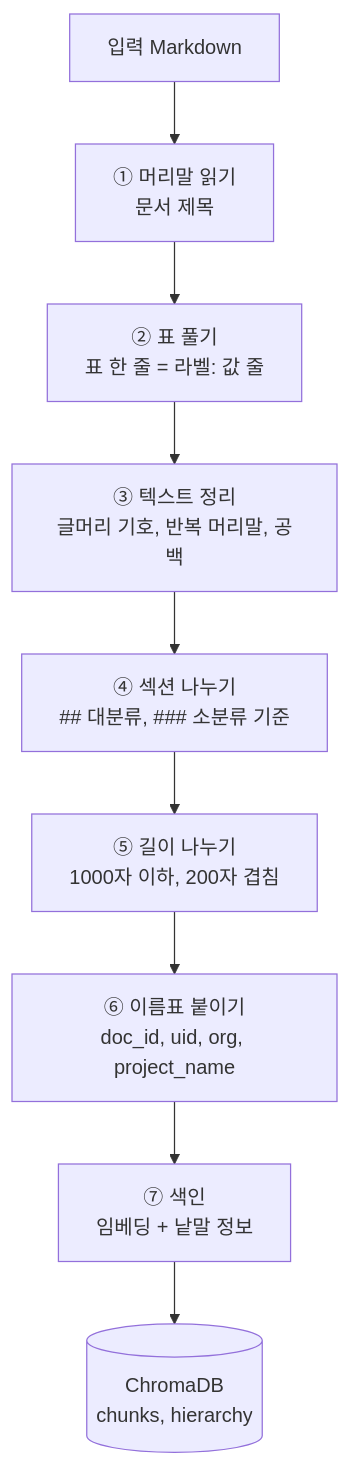
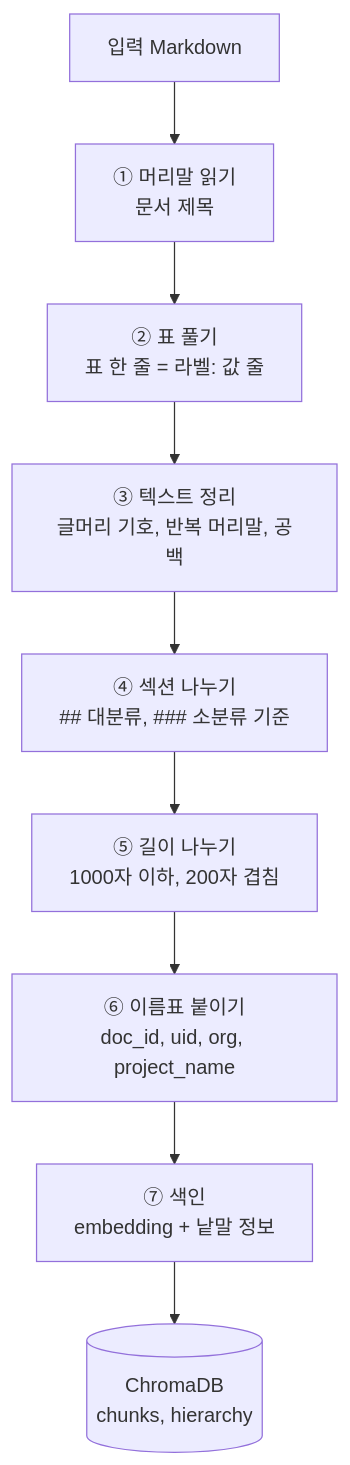
One commit to adover134/hierarchical-md-rag changed the first of 4 diagrams in docs/04_DB구축.md. Above: the diagram before and after it, drawn with Mermaid. The commit also changed other lines of this file and 24 other files, not shown here.

````diff
--- a/docs/04_DB구축.md
+++ b/docs/04_DB구축.md
@@ -13,11 +13,11 @@
 ```mermaid
 flowchart TD
     M["입력 Markdown"] --> S1["① 머리말 읽기<br/>문서 제목"]
     S1 --> S2["② 표 풀기<br/>표 한 줄 = 라벨: 값 줄"]
     S2 --> S3["③ 텍스트 정리<br/>글머리 기호, 반복 머리말, 공백"]
     S3 --> S4["④ 섹션 나누기<br/>## 대분류, ### 소분류 기준"]
     S4 --> S5["⑤ 길이 나누기<br/>1000자 이하, 200자 겹침"]
     S5 --> S6["⑥ 이름표 붙이기<br/>doc_id, uid, org, project_name"]
-    S6 --> S7["⑦ 색인<br/>임베딩 + 낱말 정보"]
+    S6 --> S7["⑦ 색인<br/>embedding + 낱말 정보"]
     S7 --> DB[("ChromaDB<br/>chunks, hierarchy")]
 ```
````
